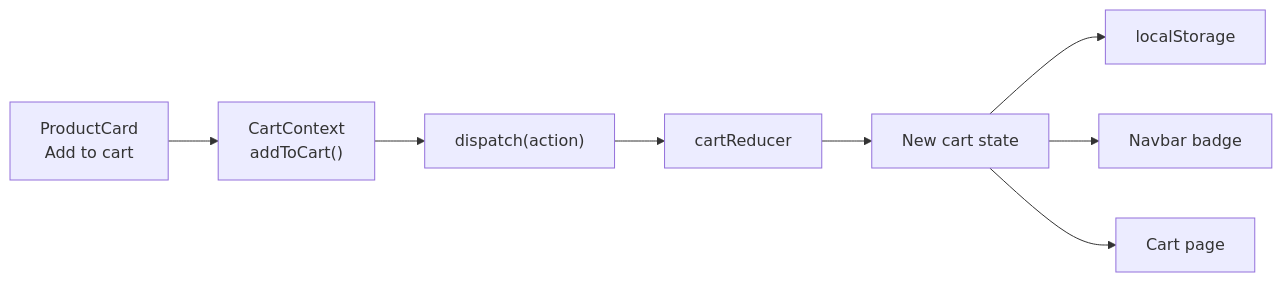
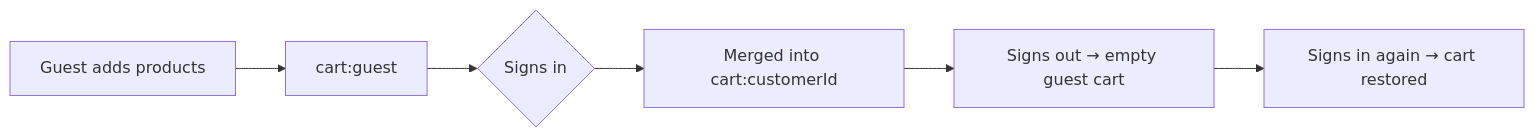
The fourth of 5 diagrams in README.md (HassamKhan0826/React-E-Commerce-Admin-Management-System), drawn with Mermaid before and after one commit. The commit also changed other lines of this file and 13 other files, not shown here.

````diff
--- a/README.md
+++ b/README.md
@@ -286,10 +327,8 @@
 ```mermaid
 flowchart LR
-  A["ProductCard<br/>Add to cart"] --> B["CartContext<br/>addToCart()"]
-  B --> C["dispatch(action)"]
-  C --> D["cartReducer"]
-  D --> E["New cart state"]
-  E --> F["localStorage"]
-  E --> G["Navbar badge"]
-  E --> H["Cart page"]
+  A["Guest adds products"] --> B["cart:guest"]
+  B --> C{"Signs in"}
+  C --> D["Merged into cart:customerId"]
+  D --> E["Signs out → empty guest cart"]
+  E --> F["Signs in again → cart restored"]
 ```
````
